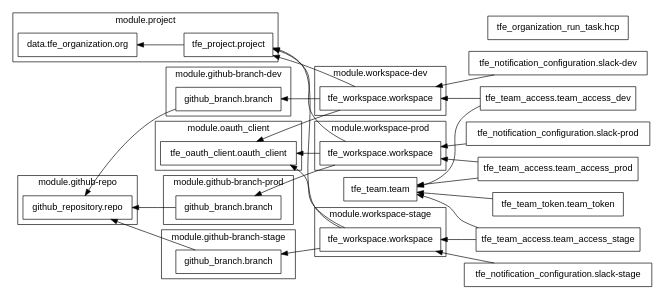
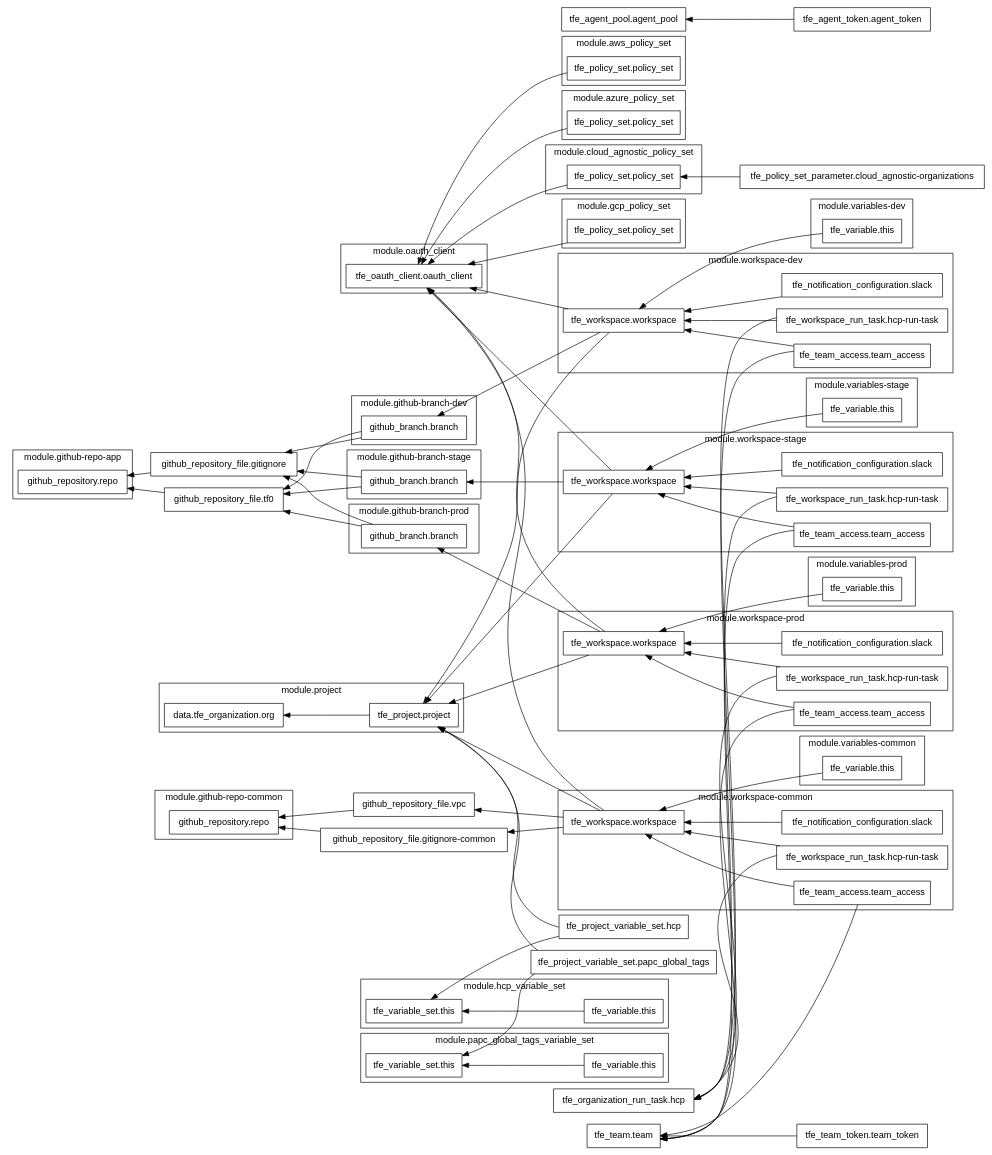
One commit to ykhemani-demo/terraform-papc-demo-control changed the diagram in graph.dot. Above: the diagram before and after it, drawn with Graphviz. The commit also changed 1 other file, not shown here.

Commit message:
updated terraform graph

```diff
--- a/graph.dot
+++ b/graph.dot
@@ -1,15 +1,38 @@
 digraph G {
   rankdir = "RL";
   node [shape = rect, fontname = "sans-serif"];
-  "tfe_notification_configuration.slack-dev" [label="tfe_notification_configuration.slack-dev"];
-  "tfe_notification_configuration.slack-prod" [label="tfe_notification_configuration.slack-prod"];
-  "tfe_notification_configuration.slack-stage" [label="tfe_notification_configuration.slack-stage"];
+  "github_repository_file.gitignore" [label="github_repository_file.gitignore"];
+  "github_repository_file.gitignore-common" [label="github_repository_file.gitignore-common"];
+  "github_repository_file.tf0" [label="github_repository_file.tf0"];
+  "github_repository_file.vpc" [label="github_repository_file.vpc"];
+  "tfe_agent_pool.agent_pool" [label="tfe_agent_pool.agent_pool"];
+  "tfe_agent_token.agent_token" [label="tfe_agent_token.agent_token"];
   "tfe_organization_run_task.hcp" [label="tfe_organization_run_task.hcp"];
+  "tfe_policy_set_parameter.cloud_agnostic-organizations" [label="tfe_policy_set_parameter.cloud_agnostic-organizations"];
+  "tfe_project_variable_set.hcp" [label="tfe_project_variable_set.hcp"];
+  "tfe_project_variable_set.papc_global_tags" [label="tfe_project_variable_set.papc_global_tags"];
   "tfe_team.team" [label="tfe_team.team"];
-  "tfe_team_access.team_access_dev" [label="tfe_team_access.team_access_dev"];
-  "tfe_team_access.team_access_prod" [label="tfe_team_access.team_access_prod"];
-  "tfe_team_access.team_access_stage" [label="tfe_team_access.team_access_stage"];
   "tfe_team_token.team_token" [label="tfe_team_token.team_token"];
+  subgraph "cluster_module.aws_policy_set" {
+    label = "module.aws_policy_set"
+    fontname = "sans-serif"
+    "module.aws_policy_set.tfe_policy_set.policy_set" [label="tfe_policy_set.policy_set"];
+  }
+  subgraph "cluster_module.azure_policy_set" {
+    label = "module.azure_policy_set"
+    fontname = "sans-serif"
+    "module.azure_policy_set.tfe_policy_set.policy_set" [label="tfe_policy_set.policy_set"];
+  }
+  subgraph "cluster_module.cloud_agnostic_policy_set" {
+    label = "module.cloud_agnostic_policy_set"
+    fontname = "sans-serif"
+    "module.cloud_agnostic_policy_set.tfe_policy_set.policy_set" [label="tfe_policy_set.policy_set"];
+  }
+  subgraph "cluster_module.gcp_policy_set" {
+    label = "module.gcp_policy_set"
+    fontname = "sans-serif"
+    "module.gcp_policy_set.tfe_policy_set.policy_set" [label="tfe_policy_set.policy_set"];
+  }
   subgraph "cluster_module.github-branch-dev" {
     label = "module.github-branch-dev"
     fontname = "sans-serif"
@@ -25,15 +48,32 @@
     fontname = "sans-serif"
     "module.github-branch-stage.github_branch.branch" [label="github_branch.branch"];
   }
-  subgraph "cluster_module.github-repo" {
-    label = "module.github-repo"
+  subgraph "cluster_module.github-repo-app" {
+    label = "module.github-repo-app"
     fontname = "sans-serif"
-    "module.github-repo.github_repository.repo" [label="github_repository.repo"];
+    "module.github-repo-app.github_repository.repo" [label="github_repository.repo"];
+  }
+  subgraph "cluster_module.github-repo-common" {
+    label = "module.github-repo-common"
+    fontname = "sans-serif"
+    "module.github-repo-common.github_repository.repo" [label="github_repository.repo"];
+  }
+  subgraph "cluster_module.hcp_variable_set" {
+    label = "module.hcp_variable_set"
+    fontname = "sans-serif"
+    "module.hcp_variable_set.tfe_variable.this" [label="tfe_variable.this"];
+    "module.hcp_variable_set.tfe_variable_set.this" [label="tfe_variable_set.this"];
   }
   subgraph "cluster_module.oauth_client" {
     label = "module.oauth_client"
     fontname = "sans-serif"
     "module.oauth_client.tfe_oauth_client.oauth_client" [label="tfe_oauth_client.oauth_client"];
+  }
+  subgraph "cluster_module.papc_global_tags_variable_set" {
+    label = "module.papc_global_tags_variable_set"
+    fontname = "sans-serif"
+    "module.papc_global_tags_variable_set.tfe_variable.this" [label="tfe_variable.this"];
+    "module.papc_global_tags_variable_set.tfe_variable_set.this" [label="tfe_variable_set.this"];
   }
   subgraph "cluster_module.project" {
     label = "module.project"
@@ -41,42 +81,117 @@
     "module.project.data.tfe_organization.org" [label="data.tfe_organization.org"];
     "module.project.tfe_project.project" [label="tfe_project.project"];
   }
+  subgraph "cluster_module.variables-common" {
+    label = "module.variables-common"
+    fontname = "sans-serif"
+    "module.variables-common.tfe_variable.this" [label="tfe_variable.this"];
+  }
+  subgraph "cluster_module.variables-dev" {
+    label = "module.variables-dev"
+    fontname = "sans-serif"
+    "module.variables-dev.tfe_variable.this" [label="tfe_variable.this"];
+  }
+  subgraph "cluster_module.variables-prod" {
+    label = "module.variables-prod"
+    fontname = "sans-serif"
+    "module.variables-prod.tfe_variable.this" [label="tfe_variable.this"];
+  }
+  subgraph "cluster_module.variables-stage" {
+    label = "module.variables-stage"
+    fontname = "sans-serif"
+    "module.variables-stage.tfe_variable.this" [label="tfe_variable.this"];
+  }
+  subgraph "cluster_module.workspace-common" {
+    label = "module.workspace-common"
+    fontname = "sans-serif"
+    "module.workspace-common.tfe_notification_configuration.slack" [label="tfe_notification_configuration.slack"];
+    "module.workspace-common.tfe_team_access.team_access" [label="tfe_team_access.team_access"];
+    "module.workspace-common.tfe_workspace.workspace" [label="tfe_workspace.workspace"];
+    "module.workspace-common.tfe_workspace_run_task.hcp-run-task" [label="tfe_workspace_run_task.hcp-run-task"];
+  }
   subgraph "cluster_module.workspace-dev" {
     label = "module.workspace-dev"
     fontname = "sans-serif"
+    "module.workspace-dev.tfe_notification_configuration.slack" [label="tfe_notification_configuration.slack"];
+    "module.workspace-dev.tfe_team_access.team_access" [label="tfe_team_access.team_access"];
     "module.workspace-dev.tfe_workspace.workspace" [label="tfe_workspace.workspace"];
+    "module.workspace-dev.tfe_workspace_run_task.hcp-run-task" [label="tfe_workspace_run_task.hcp-run-task"];
   }
   subgraph "cluster_module.workspace-prod" {
     label = "module.workspace-prod"
     fontname = "sans-serif"
+    "module.workspace-prod.tfe_notification_configuration.slack" [label="tfe_notification_configuration.slack"];
+    "module.workspace-prod.tfe_team_access.team_access" [label="tfe_team_access.team_access"];
     "module.workspace-prod.tfe_workspace.workspace" [label="tfe_workspace.workspace"];
+    "module.workspace-prod.tfe_workspace_run_task.hcp-run-task" [label="tfe_workspace_run_task.hcp-run-task"];
   }
   subgraph "cluster_module.workspace-stage" {
     label = "module.workspace-stage"
     fontname = "sans-serif"
+    "module.workspace-stage.tfe_notification_configuration.slack" [label="tfe_notification_configuration.slack"];
+    "module.workspace-stage.tfe_team_access.team_access" [label="tfe_team_access.team_access"];
     "module.workspace-stage.tfe_workspace.workspace" [label="tfe_workspace.workspace"];
+    "module.workspace-stage.tfe_workspace_run_task.hcp-run-task" [label="tfe_workspace_run_task.hcp-run-task"];
   }
-  "tfe_notification_configuration.slack-dev" -> "module.workspace-dev.tfe_workspace.workspace";
-  "tfe_notification_configuration.slack-prod" -> "module.workspace-prod.tfe_workspace.workspace";
-  "tfe_notification_configuration.slack-stage" -> "module.workspace-stage.tfe_workspace.workspace";
-  "tfe_team_access.team_access_dev" -> "tfe_team.team";
-  "tfe_team_access.team_access_dev" -> "module.workspace-dev.tfe_workspace.workspace";
-  "tfe_team_access.team_access_prod" -> "tfe_team.team";
-  "tfe_team_access.team_access_prod" -> "module.workspace-prod.tfe_workspace.workspace";
-  "tfe_team_access.team_access_stage" -> "tfe_team.team";
-  "tfe_team_access.team_access_stage" -> "module.workspace-stage.tfe_workspace.workspace";
+  "github_repository_file.gitignore" -> "module.github-repo-app.github_repository.repo";
+  "github_repository_file.gitignore-common" -> "module.github-repo-common.github_repository.repo";
+  "github_repository_file.tf0" -> "module.github-repo-app.github_repository.repo";
+  "github_repository_file.vpc" -> "module.github-repo-common.github_repository.repo";
+  "tfe_agent_token.agent_token" -> "tfe_agent_pool.agent_pool";
+  "tfe_policy_set_parameter.cloud_agnostic-organizations" -> "module.cloud_agnostic_policy_set.tfe_policy_set.policy_set";
+  "tfe_project_variable_set.hcp" -> "module.hcp_variable_set.tfe_variable_set.this";
+  "tfe_project_variable_set.hcp" -> "module.project.tfe_project.project";
+  "tfe_project_variable_set.papc_global_tags" -> "module.papc_global_tags_variable_set.tfe_variable_set.this";
+  "tfe_project_variable_set.papc_global_tags" -> "module.project.tfe_project.project";
   "tfe_team_token.team_token" -> "tfe_team.team";
-  "module.github-branch-dev.github_branch.branch" -> "module.github-repo.github_repository.repo";
-  "module.github-branch-prod.github_branch.branch" -> "module.github-repo.github_repository.repo";
-  "module.github-branch-stage.github_branch.branch" -> "module.github-repo.github_repository.repo";
+  "module.aws_policy_set.tfe_policy_set.policy_set" -> "module.oauth_client.tfe_oauth_client.oauth_client";
+  "module.azure_policy_set.tfe_policy_set.policy_set" -> "module.oauth_client.tfe_oauth_client.oauth_client";
+  "module.cloud_agnostic_policy_set.tfe_policy_set.policy_set" -> "module.oauth_client.tfe_oauth_client.oauth_client";
+  "module.gcp_policy_set.tfe_policy_set.policy_set" -> "module.oauth_client.tfe_oauth_client.oauth_client";
+  "module.github-branch-dev.github_branch.branch" -> "github_repository_file.gitignore";
+  "module.github-branch-dev.github_branch.branch" -> "github_repository_file.tf0";
+  "module.github-branch-prod.github_branch.branch" -> "github_repository_file.gitignore";
+  "module.github-branch-prod.github_branch.branch" -> "github_repository_file.tf0";
+  "module.github-branch-stage.github_branch.branch" -> "github_repository_file.gitignore";
+  "module.github-branch-stage.github_branch.branch" -> "github_repository_file.tf0";
+  "module.hcp_variable_set.tfe_variable.this" -> "module.hcp_variable_set.tfe_variable_set.this";
+  "module.papc_global_tags_variable_set.tfe_variable.this" -> "module.papc_global_tags_variable_set.tfe_variable_set.this";
   "module.project.tfe_project.project" -> "module.project.data.tfe_organization.org";
+  "module.variables-common.tfe_variable.this" -> "module.workspace-common.tfe_workspace.workspace";
+  "module.variables-dev.tfe_variable.this" -> "module.workspace-dev.tfe_workspace.workspace";
+  "module.variables-prod.tfe_variable.this" -> "module.workspace-prod.tfe_workspace.workspace";
+  "module.variables-stage.tfe_variable.this" -> "module.workspace-stage.tfe_workspace.workspace";
+  "module.workspace-common.tfe_notification_configuration.slack" -> "module.workspace-common.tfe_workspace.workspace";
+  "module.workspace-common.tfe_team_access.team_access" -> "tfe_team.team";
+  "module.workspace-common.tfe_team_access.team_access" -> "module.workspace-common.tfe_workspace.workspace";
+  "module.workspace-common.tfe_workspace.workspace" -> "github_repository_file.gitignore-common";
+  "module.workspace-common.tfe_workspace.workspace" -> "github_repository_file.vpc";
+  "module.workspace-common.tfe_workspace.workspace" -> "module.oauth_client.tfe_oauth_client.oauth_client";
+  "module.workspace-common.tfe_workspace.workspace" -> "module.project.tfe_project.project";
+  "module.workspace-common.tfe_workspace_run_task.hcp-run-task" -> "tfe_organization_run_task.hcp";
+  "module.workspace-common.tfe_workspace_run_task.hcp-run-task" -> "module.workspace-common.tfe_workspace.workspace";
+  "module.workspace-dev.tfe_notification_configuration.slack" -> "module.workspace-dev.tfe_workspace.workspace";
+  "module.workspace-dev.tfe_team_access.team_access" -> "tfe_team.team";
+  "module.workspace-dev.tfe_team_access.team_access" -> "module.workspace-dev.tfe_workspace.workspace";
   "module.workspace-dev.tfe_workspace.workspace" -> "module.github-branch-dev.github_branch.branch";
   "module.workspace-dev.tfe_workspace.workspace" -> "module.oauth_client.tfe_oauth_client.oauth_client";
   "module.workspace-dev.tfe_workspace.workspace" -> "module.project.tfe_project.project";
+  "module.workspace-dev.tfe_workspace_run_task.hcp-run-task" -> "tfe_organization_run_task.hcp";
+  "module.workspace-dev.tfe_workspace_run_task.hcp-run-task" -> "module.workspace-dev.tfe_workspace.workspace";
+  "module.workspace-prod.tfe_notification_configuration.slack" -> "module.workspace-prod.tfe_workspace.workspace";
+  "module.workspace-prod.tfe_team_access.team_access" -> "tfe_team.team";
+  "module.workspace-prod.tfe_team_access.team_access" -> "module.workspace-prod.tfe_workspace.workspace";
   "module.workspace-prod.tfe_workspace.workspace" -> "module.github-branch-prod.github_branch.branch";
   "module.workspace-prod.tfe_workspace.workspace" -> "module.oauth_client.tfe_oauth_client.oauth_client";
   "module.workspace-prod.tfe_workspace.workspace" -> "module.project.tfe_project.project";
+  "module.workspace-prod.tfe_workspace_run_task.hcp-run-task" -> "tfe_organization_run_task.hcp";
+  "module.workspace-prod.tfe_workspace_run_task.hcp-run-task" -> "module.workspace-prod.tfe_workspace.workspace";
+  "module.workspace-stage.tfe_notification_configuration.slack" -> "module.workspace-stage.tfe_workspace.workspace";
+  "module.workspace-stage.tfe_team_access.team_access" -> "tfe_team.team";
+  "module.workspace-stage.tfe_team_access.team_access" -> "module.workspace-stage.tfe_workspace.workspace";
   "module.workspace-stage.tfe_workspace.workspace" -> "module.github-branch-stage.github_branch.branch";
   "module.workspace-stage.tfe_workspace.workspace" -> "module.oauth_client.tfe_oauth_client.oauth_client";
   "module.workspace-stage.tfe_workspace.workspace" -> "module.project.tfe_project.project";
+  "module.workspace-stage.tfe_workspace_run_task.hcp-run-task" -> "tfe_organization_run_task.hcp";
+  "module.workspace-stage.tfe_workspace_run_task.hcp-run-task" -> "module.workspace-stage.tfe_workspace.workspace";
 }
```
